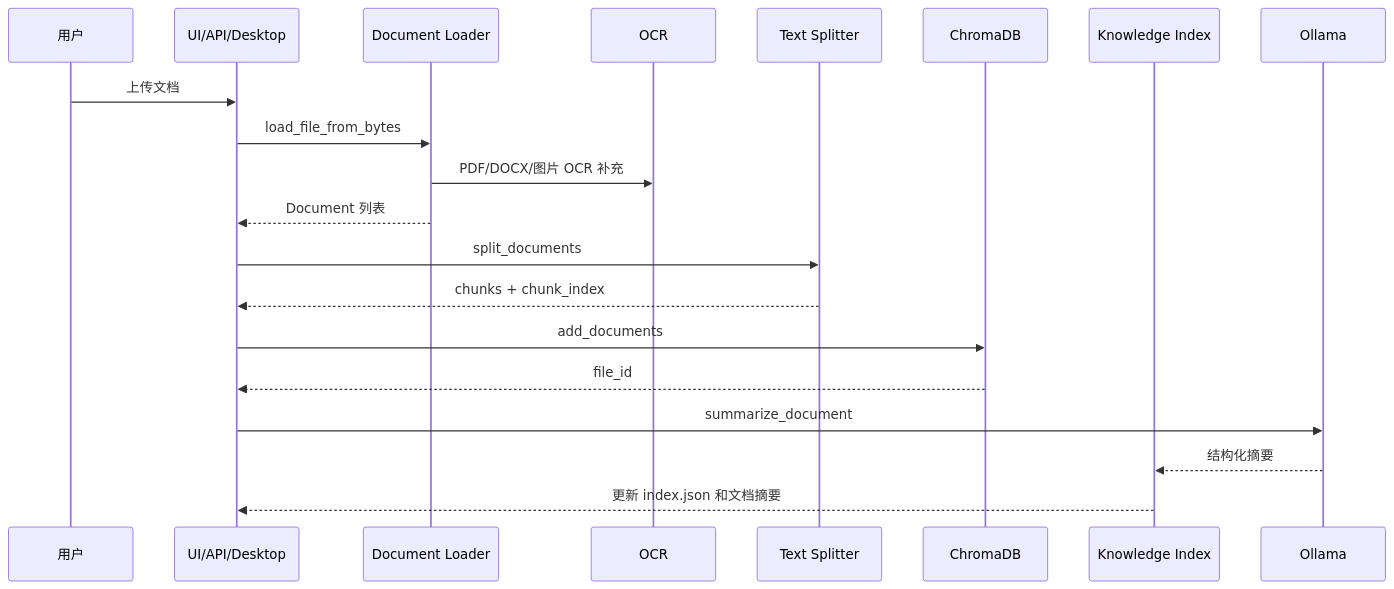
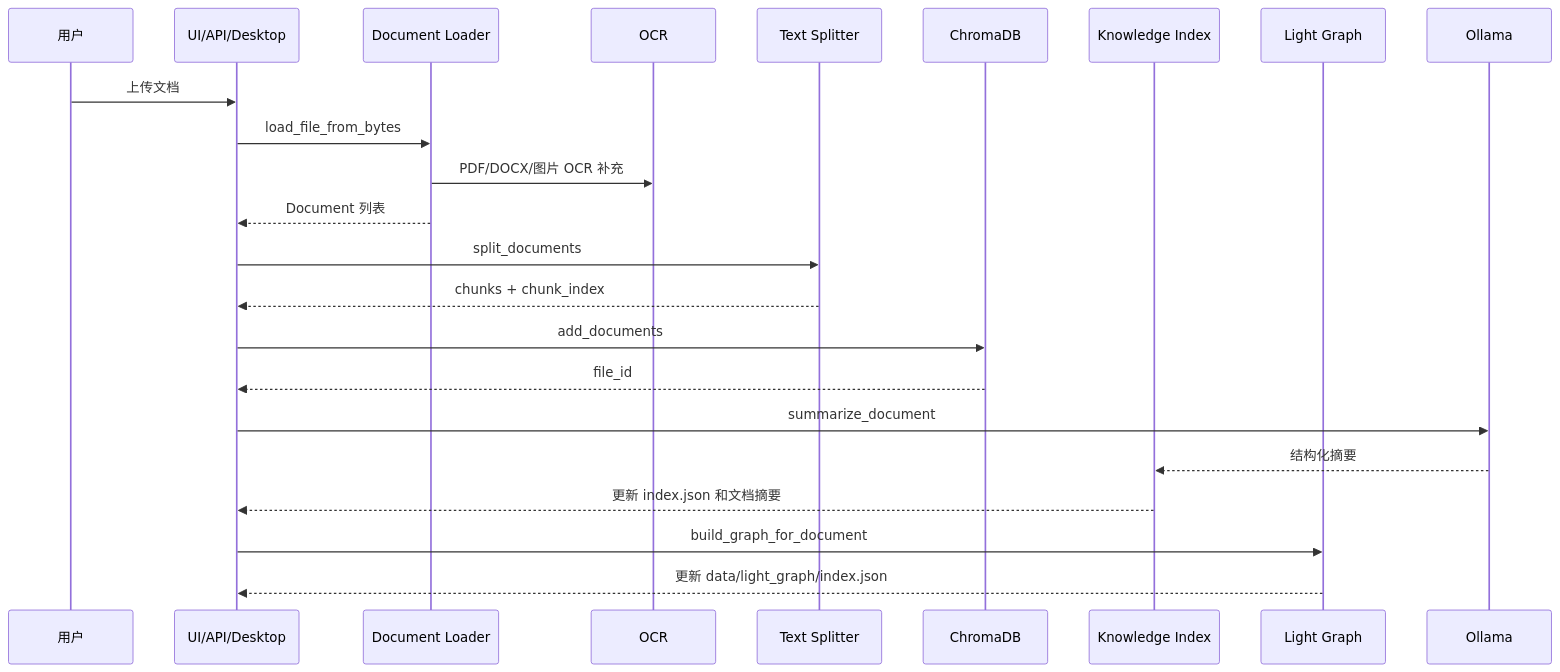
Before and after one commit to deathzhgood-lang/talkagent: the first of 2 diagrams in docs/ARCHITECTURE.md, drawn with Mermaid. The commit also changed other lines of this file and 4 other files, not shown here.

````diff
--- a/docs/ARCHITECTURE.md
+++ b/docs/ARCHITECTURE.md
@@ -23,23 +25,26 @@
 ```mermaid
 sequenceDiagram
     participant User as 用户
     participant UI as UI/API/Desktop
     participant Loader as Document Loader
     participant OCR as OCR
     participant Splitter as Text Splitter
     participant Vector as ChromaDB
     participant Index as Knowledge Index
+    participant Graph as Light Graph
     participant LLM as Ollama
 
     User->>UI: 上传文档
     UI->>Loader: load_file_from_bytes
     Loader->>OCR: PDF/DOCX/图片 OCR 补充
     Loader-->>UI: Document 列表
     UI->>Splitter: split_documents
     Splitter-->>UI: chunks + chunk_index
     UI->>Vector: add_documents
     Vector-->>UI: file_id
     UI->>LLM: summarize_document
     LLM-->>Index: 结构化摘要
     Index-->>UI: 更新 index.json 和文档摘要
+    UI->>Graph: build_graph_for_document
+    Graph-->>UI: 更新 data/light_graph/index.json
 ```
````
